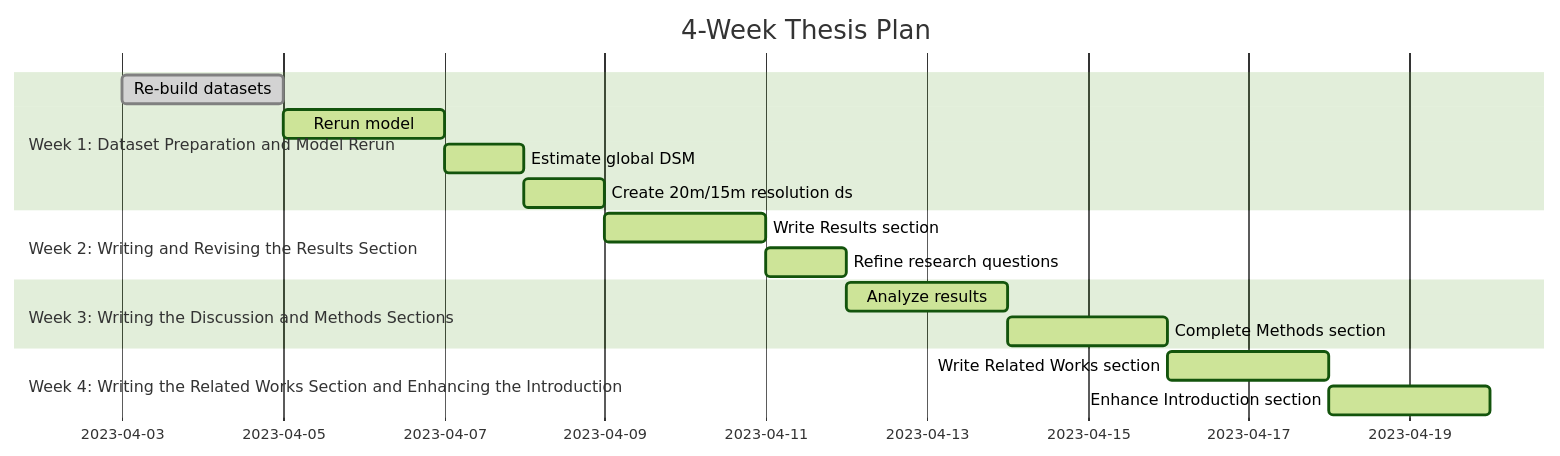
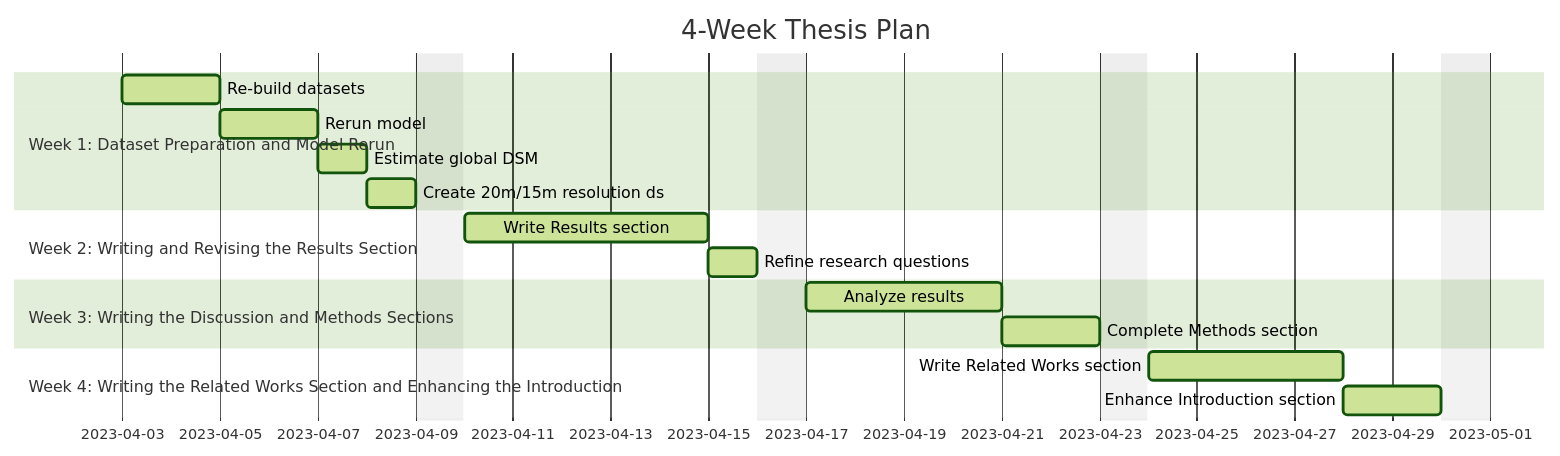
Before and after one commit to AkiGoat/Thesis-progress-tracking: the diagram in README.md, drawn with Mermaid (forest theme).

````diff
--- a/README.md
+++ b/README.md
@@ -23,24 +23,25 @@
 ```mermaid
 gantt
 dateFormat  YYYY-MM-DD
 title 4-Week Thesis Plan
+excludes Sunday
 
 section Week 1#58; Dataset Preparation and Model Rerun
-Re-build datasets            :done, des1, 2023-04-03, 2d
+Re-build datasets            :active, des1, 2023-04-03, 2d
 Rerun model                  :active, des2, after des1, 2d
 Estimate global DSM          :active, des3, after des2, 1d
 Create 20m/15m resolution ds :active, des4, after des3, 1d
 
 section Week 2#58; Writing and Revising the Results Section
-Write Results section        :active, des5, after des4, 2d
+Write Results section        :active, des5, after des4, 5d
 Refine research questions    :active, des6, after des5, 1d
 
 section Week 3#58; Writing the Discussion and Methods Sections
-Analyze results              :active, des7, after des6, 2d
+Analyze results              :active, des7, after des6, 4d
 Complete Methods section     :active, des8, after des7, 2d
 
 section Week 4#58; Writing the Related Works Section and Enhancing the Introduction
-Write Related Works section  :active, des9, after des8, 2d
+Write Related Works section  :active, des9, after des8, 4d
 Enhance Introduction section :active, des10, after des9, 2d
 
 ```
````
